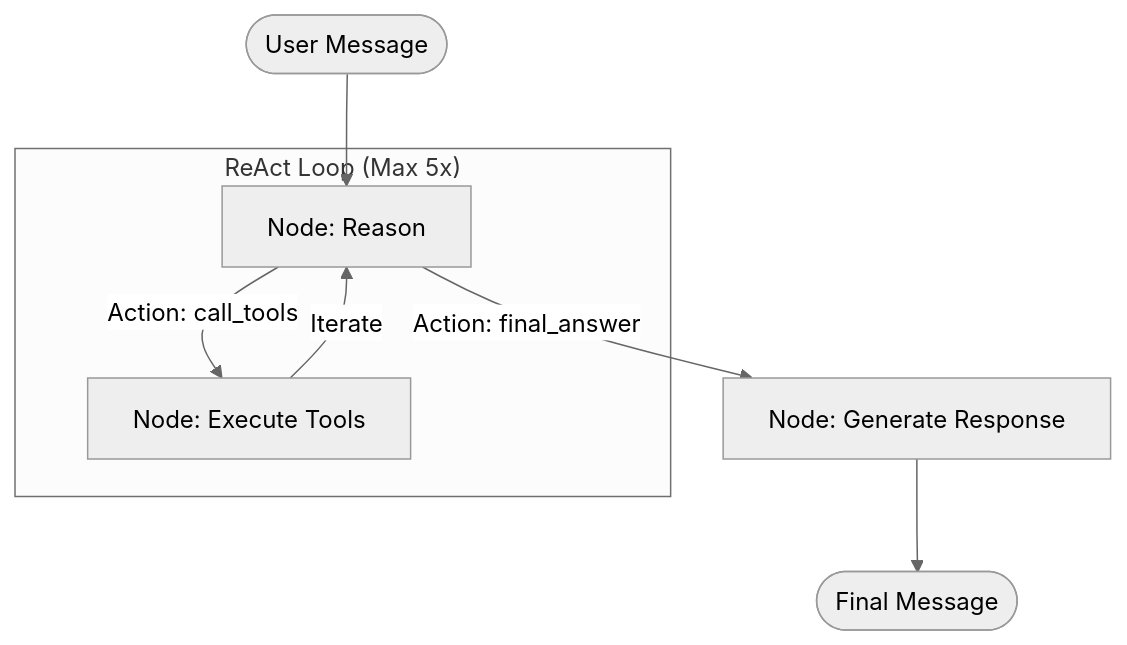
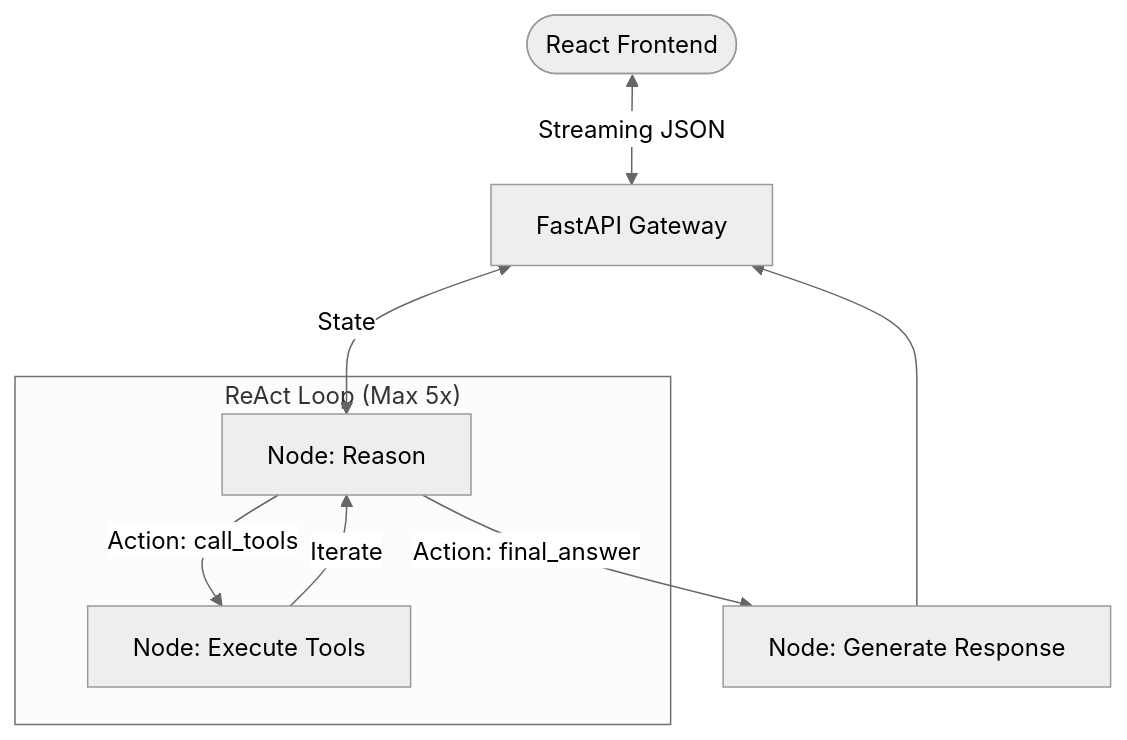
The diagram in Architecture.md (thichuong/Chat_finance), drawn with Mermaid (neutral theme) before and after one commit. The commit also changed other lines of this file and 26 other files, not shown here.

Commit message:
chore: update frontend dependencies and node_modules structure

````diff
--- a/Architecture.md
+++ b/Architecture.md
@@ -41,13 +44,14 @@
 ```mermaid
 graph TD
-    UserQuery([User Message]) --> Reason[Node: Reason]
+    UI([React Frontend]) <-->|Streaming JSON| API[FastAPI Gateway]
+    API <-->|State| Reason[Node: Reason]
     Reason -->|Action: call_tools| Execute[Node: Execute Tools]
     Execute -->|Iterate| Reason
     Reason -->|Action: final_answer| Generate[Node: Generate Response]
-    Generate --> End([Final Message])
+    Generate --> API
 
     subgraph "ReAct Loop (Max 5x)"
     Reason
     Execute
     end
 ```
````
